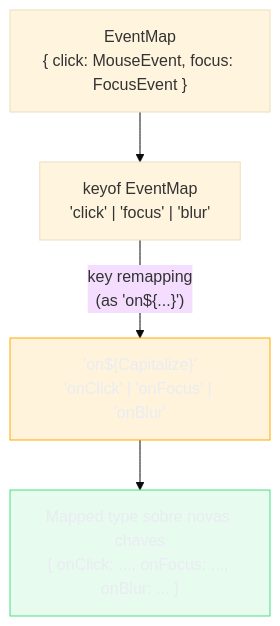
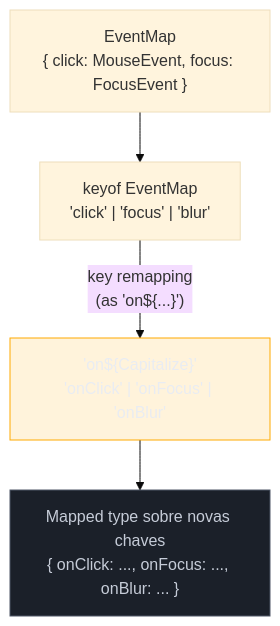
The second of 4 diagrams in 03-Dominios/Tecnologia/TypeScript/17 - Template literal types.md (josenaldo/codex-technomanticus), drawn with Mermaid (base theme) before and after one commit. The commit also changed other lines of this file and 601 other files, not shown here.

````diff
--- a/03-Dominios/Tecnologia/TypeScript/17 - Template literal types.md
+++ b/03-Dominios/Tecnologia/TypeScript/17 - Template literal types.md
@@ -147,16 +147,16 @@
 ```mermaid
 flowchart TD
+    classDef neutro fill:#1B2029,stroke:#4E5666,color:#C6CCD8
     classDef destaque fill:#FFAA0024,stroke:#FFAA00,color:#E9ECF2
-    classDef ok fill:#4ADE8021,stroke:#4ADE80,color:#E9ECF2
     EM["EventMap\n{ click: MouseEvent, focus: FocusEvent }"]
     KY["keyof EventMap\n'click' | 'focus' | 'blur'"]
     TL["'on${Capitalize<K>}'\n'onClick' | 'onFocus' | 'onBlur'"]
     MT["Mapped type sobre novas chaves\n{ onClick: ..., onFocus: ..., onBlur: ... }"]
 
     EM --> KY
     KY -->|"key remapping\n(as 'on${...}')"| TL
     TL --> MT
 
     class TL destaque
-    class MT ok
+    class MT neutro
 ```
````
